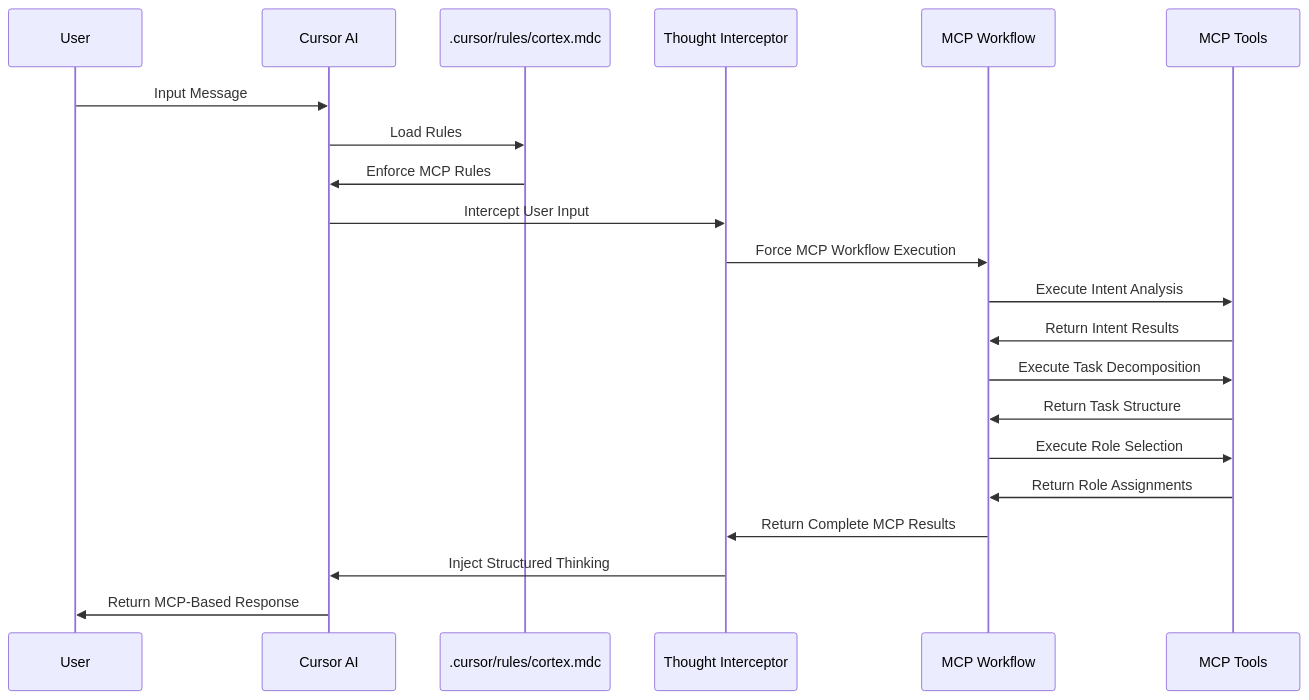
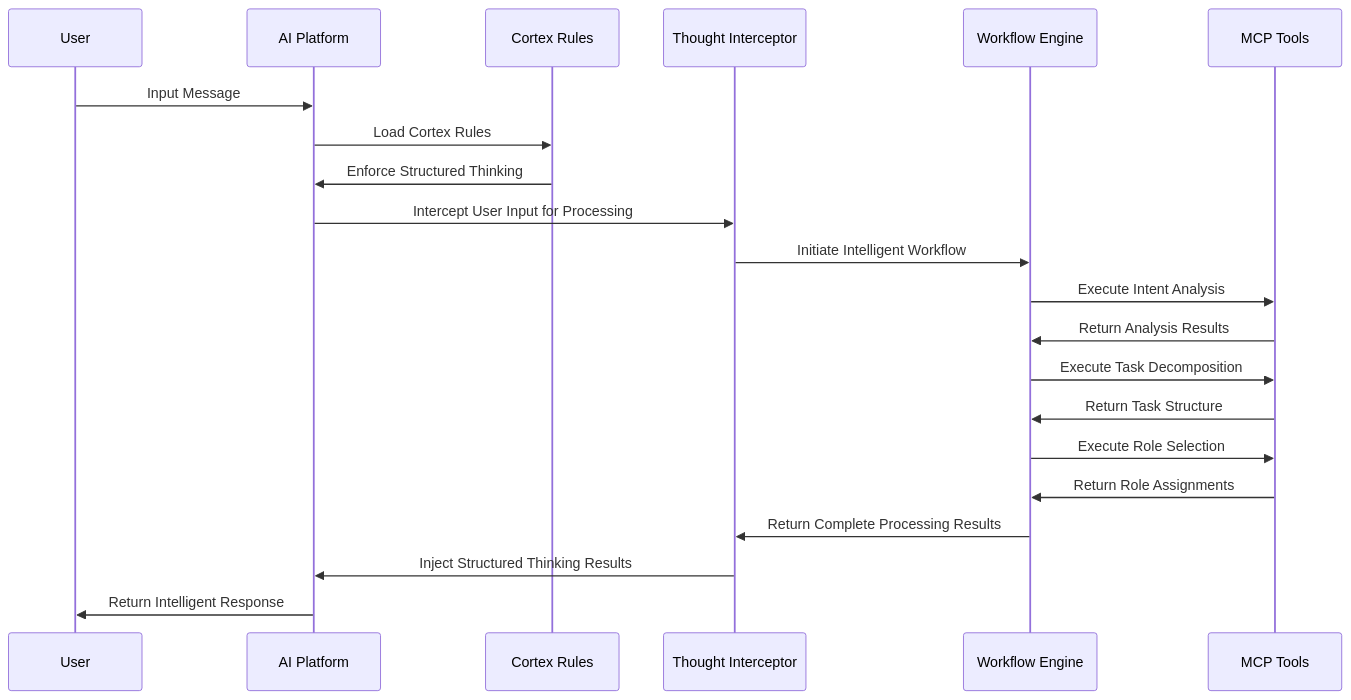
Before and after one commit to RikaiDev/cortex: the second of 2 diagrams in README.md, drawn with Mermaid. The commit also changed other lines of this file and 27 other files, not shown here.

````diff
--- a/README.md
+++ b/README.md
@@ -105,24 +123,24 @@
 ```mermaid
 sequenceDiagram
-    participant User as User
-    participant Cursor as Cursor AI
-    participant Rules as .cursor/rules/cortex.mdc
-    participant Interceptor as Thought Interceptor
-    participant MCP as MCP Workflow
-    participant Tools as MCP Tools
+    participant U as User
+    participant A as AI Platform
+    participant R as Cortex Rules
+    participant I as Thought Interceptor
+    participant W as Workflow Engine
+    participant T as MCP Tools
 
-    User->>Cursor: Input Message
-    Cursor->>Rules: Load Rules
-    Rules->>Cursor: Enforce MCP Rules
-    Cursor->>Interceptor: Intercept User Input
-    Interceptor->>MCP: Force MCP Workflow Execution
-    MCP->>Tools: Execute Intent Analysis
-    Tools->>MCP: Return Intent Results
-    MCP->>Tools: Execute Task Decomposition
-    Tools->>MCP: Return Task Structure
-    MCP->>Tools: Execute Role Selection
-    Tools->>MCP: Return Role Assignments
-    MCP->>Interceptor: Return Complete MCP Results
-    Interceptor->>Cursor: Inject Structured Thinking
-    Cursor->>User: Return MCP-Based Response
+    U->>A: Input Message
+    A->>R: Load Cortex Rules
+    R->>A: Enforce Structured Thinking
+    A->>I: Intercept User Input for Processing
+    I->>W: Initiate Intelligent Workflow
+    W->>T: Execute Intent Analysis
+    T->>W: Return Analysis Results
+    W->>T: Execute Task Decomposition
+    T->>W: Return Task Structure
+    W->>T: Execute Role Selection
+    T->>W: Return Role Assignments
+    W->>I: Return Complete Processing Results
+    I->>A: Inject Structured Thinking Results
+    A->>U: Return Intelligent Response
 ```
````
